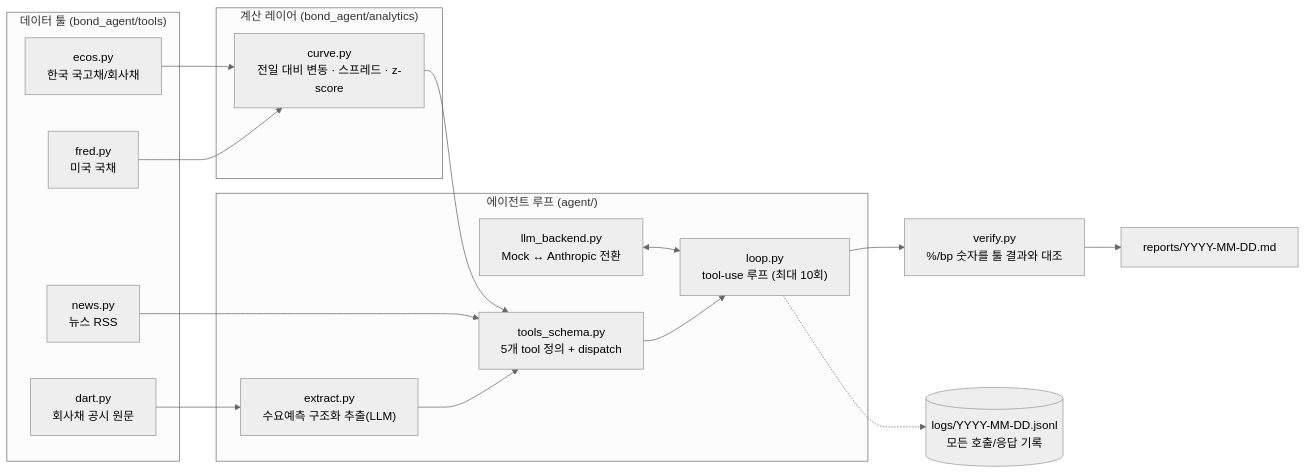
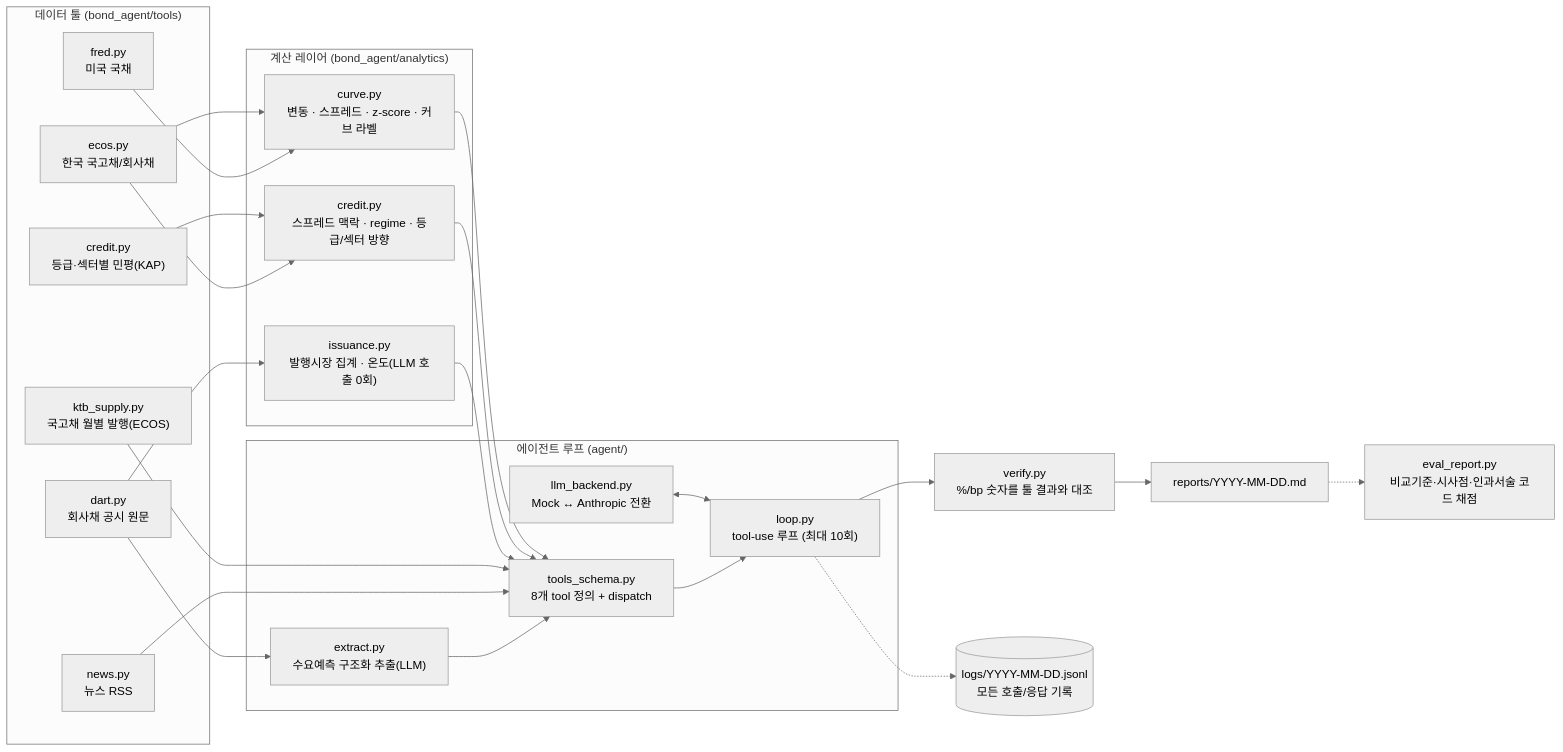
Before and after one commit to qkrtngh915/bond-briefing-agent: the diagram in README.md, drawn with Mermaid (neutral theme). The commit also changed other lines of this file and 2 other files, not shown here.

First line of the commit message:
Phase 5: README/ROADMAP 갱신 (신규 데이터 소스, 코드 라벨, 품질 평가 결과)

````diff
--- a/README.md
+++ b/README.md
@@ -23,34 +24,46 @@
 ```mermaid
 flowchart LR
     subgraph tools["데이터 툴 (bond_agent/tools)"]
         ECOS["ecos.py<br/>한국 국고채/회사채"]
         FRED["fred.py<br/>미국 국채"]
         NEWS["news.py<br/>뉴스 RSS"]
         DART["dart.py<br/>회사채 공시 원문"]
+        CREDIT_T["credit.py<br/>등급·섹터별 민평(KAP)"]
+        KTB["ktb_supply.py<br/>국고채 월별 발행(ECOS)"]
     end
 
     subgraph calc["계산 레이어 (bond_agent/analytics)"]
-        CURVE["curve.py<br/>전일 대비 변동 · 스프레드 · z-score"]
+        CURVE["curve.py<br/>변동 · 스프레드 · z-score · 커브 라벨"]
+        CREDIT_A["credit.py<br/>스프레드 맥락 · regime · 등급/섹터 방향"]
+        ISSUANCE["issuance.py<br/>발행시장 집계 · 온도(LLM 호출 0회)"]
     end
 
     subgraph agentloop["에이전트 루프 (agent/)"]
-        SCHEMA["tools_schema.py<br/>5개 tool 정의 + dispatch"]
+        SCHEMA["tools_schema.py<br/>8개 tool 정의 + dispatch"]
         EXTRACT["extract.py<br/>수요예측 구조화 추출(LLM)"]
         LOOP["loop.py<br/>tool-use 루프 (최대 10회)"]
         BACKEND["llm_backend.py<br/>Mock ↔ Anthropic 전환"]
     end
 
     VERIFY["verify.py<br/>%/bp 숫자를 툴 결과와 대조"]
+    EVAL["eval_report.py<br/>비교기준·시사점·인과서술 코드 채점"]
     REPORT["reports/YYYY-MM-DD.md"]
     LOGS[("logs/YYYY-MM-DD.jsonl<br/>모든 호출/응답 기록")]
 
     ECOS --> CURVE
     FRED --> CURVE
+    CREDIT_T --> CREDIT_A
+    ECOS --> CREDIT_A
+    DART --> ISSUANCE
     CURVE --> SCHEMA
+    CREDIT_A --> SCHEMA
+    ISSUANCE --> SCHEMA
+    KTB --> SCHEMA
     NEWS --> SCHEMA
     DART --> EXTRACT --> SCHEMA
     BACKEND <--> LOOP
     SCHEMA --> LOOP
     LOOP --> VERIFY --> REPORT
     LOOP -.-> LOGS
+    REPORT -.-> EVAL
 ```
````
